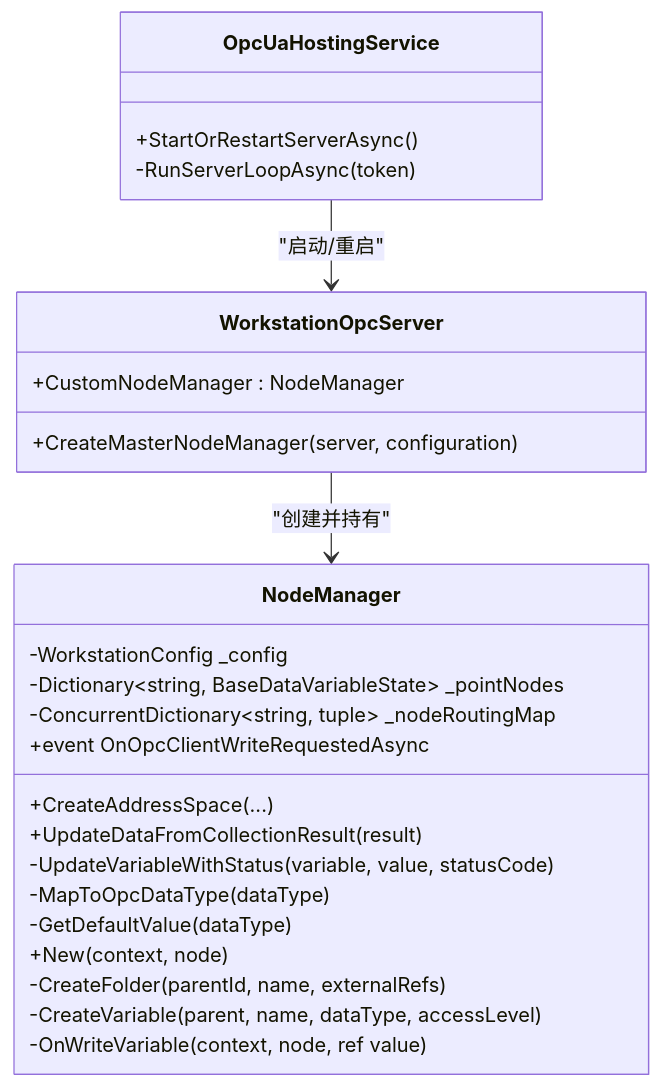
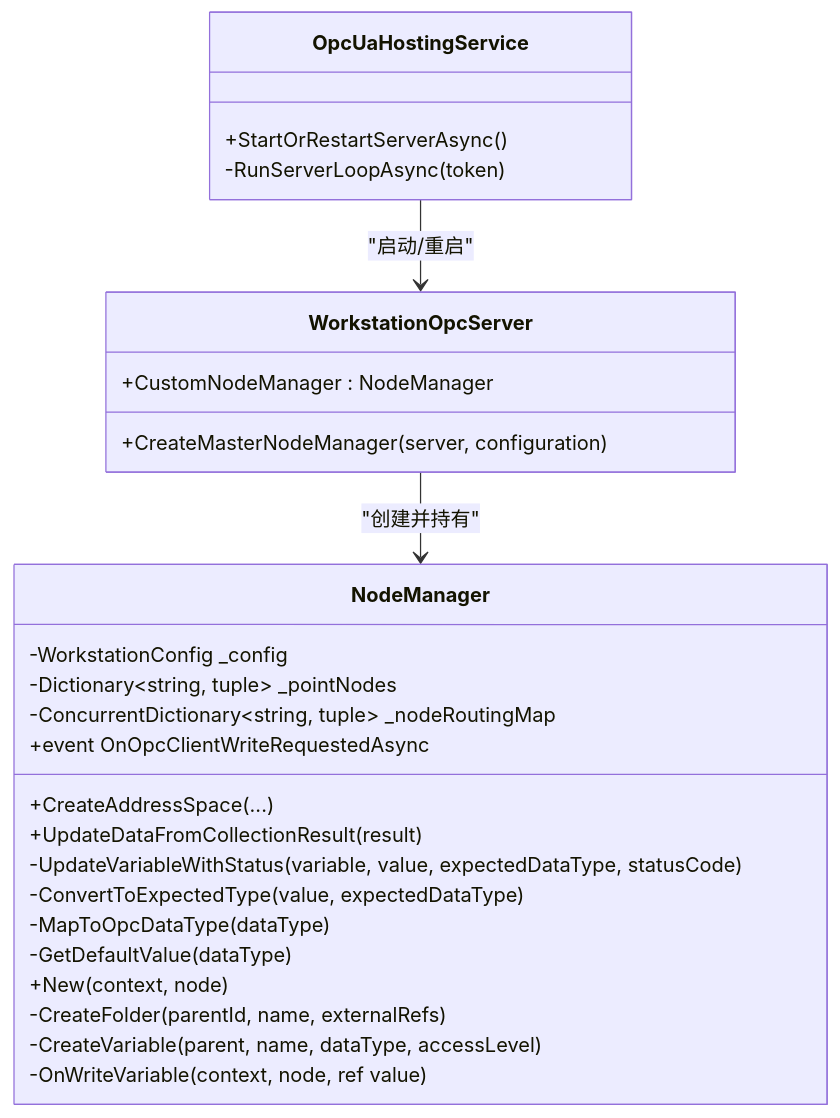
The third of 6 diagrams in .qoder/repowiki/zh/content/OPC UA集成/节点管理机制.md (whitemousetl/IndustrialDataSolution), drawn with Mermaid before and after one commit. The commit also changed other lines of this file and 18 other files, not shown here.

````diff
--- a/.qoder/repowiki/zh/content/OPC UA集成/节点管理机制.md
+++ b/.qoder/repowiki/zh/content/OPC UA集成/节点管理机制.md
@@ -169,28 +180,29 @@
 ```mermaid
 classDiagram
 class NodeManager {
 -WorkstationConfig _config
--Dictionary~string, BaseDataVariableState~ _pointNodes
+-Dictionary~string, tuple~ _pointNodes
 -ConcurrentDictionary~string, tuple~ _nodeRoutingMap
 +event OnOpcClientWriteRequestedAsync
 +CreateAddressSpace(...)
 +UpdateDataFromCollectionResult(result)
--UpdateVariableWithStatus(variable, value, statusCode)
+-UpdateVariableWithStatus(variable, value, expectedDataType, statusCode)
+-ConvertToExpectedType(value, expectedDataType)
 -MapToOpcDataType(dataType)
 -GetDefaultValue(dataType)
 +New(context, node)
 -CreateFolder(parentId, name, externalRefs)
 -CreateVariable(parent, name, dataType, accessLevel)
 -OnWriteVariable(context, node, ref value)
 }
 class WorkstationOpcServer {
 +CustomNodeManager : NodeManager
 +CreateMasterNodeManager(server, configuration)
 }
 class OpcUaHostingService {
 +StartOrRestartServerAsync()
 -RunServerLoopAsync(token)
 }
 WorkstationOpcServer --> NodeManager : "创建并持有"
 OpcUaHostingService --> WorkstationOpcServer : "启动/重启"
 ```
````
